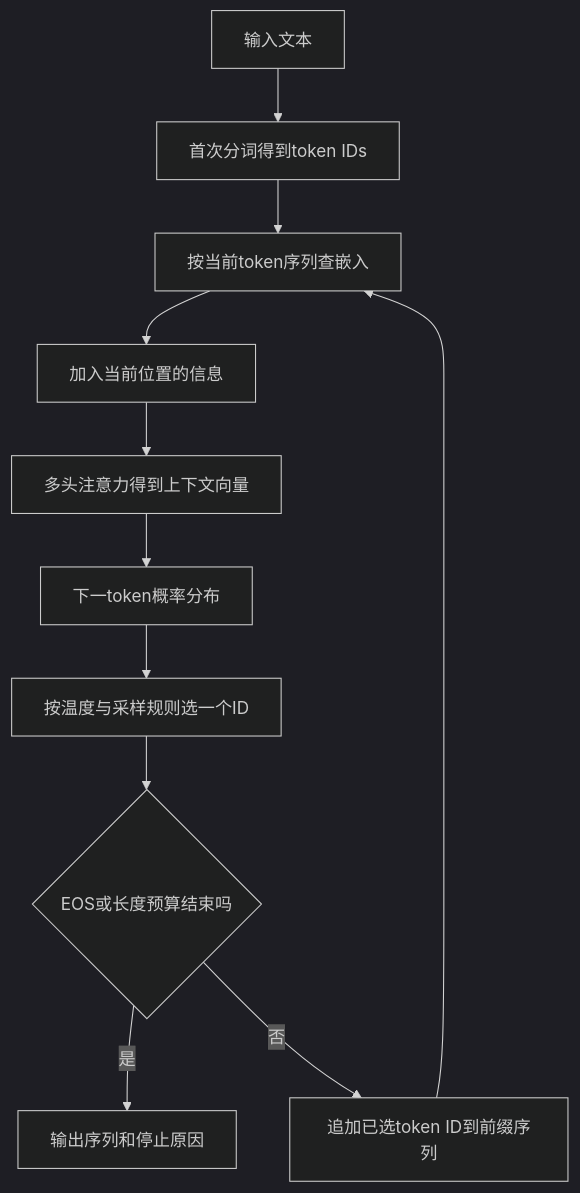
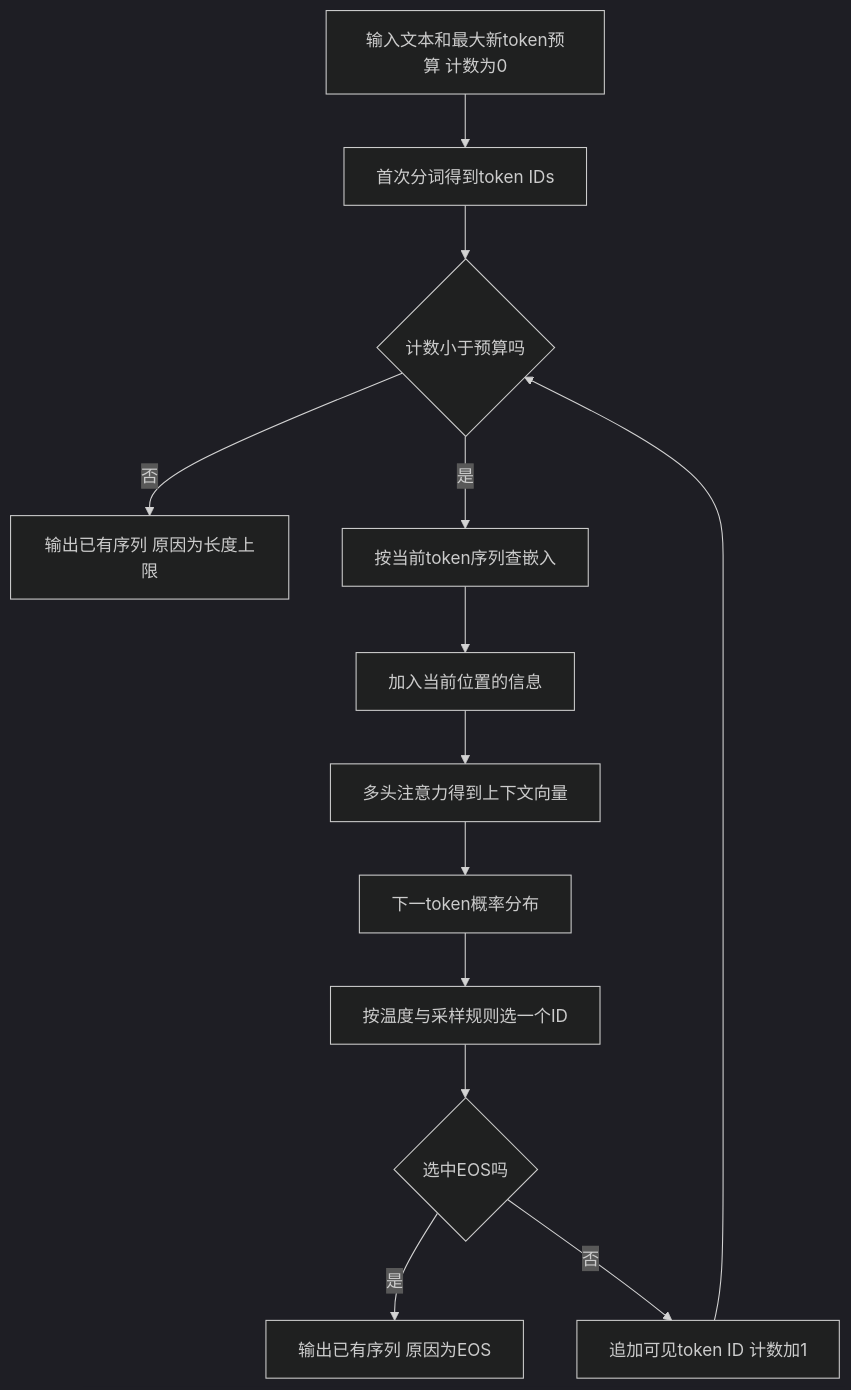
One commit to CercaTrovato/cityu-ai-course-notes changed the eighth of 10 diagrams in IS5542_GenAI_in_Business/notes/M01-导论-生成式AI基础与企业落地.md. Above: the diagram before and after it, drawn with Mermaid (dark theme). The commit also changed other lines of this file and 82 other files, not shown here.

````diff
--- a/IS5542_GenAI_in_Business/notes/M01-导论-生成式AI基础与企业落地.md
+++ b/IS5542_GenAI_in_Business/notes/M01-导论-生成式AI基础与企业落地.md
@@ -2963,13 +3143,15 @@
 ```mermaid
 flowchart TD
- T[输入文本] --> TK[首次分词得到token IDs]
- TK --> EM[按当前token序列查嵌入]
+ T[输入文本和最大新token预算 计数为0] --> TK[首次分词得到token IDs]
+ TK --> BUDGET{计数小于预算吗}
+ BUDGET -->|否| LIMIT[输出已有序列 原因为长度上限]
+ BUDGET -->|是| EM[按当前token序列查嵌入]
  EM --> PE[加入当前位置的信息]
  PE --> AT[多头注意力得到上下文向量]
  AT --> PD[下一token概率分布]
  PD --> DC[按温度与采样规则选一个ID]
- DC --> STOP{EOS或长度预算结束吗}
- STOP -->|是| END[输出序列和停止原因]
- STOP -->|否| APP[追加已选token ID到前缀序列]
- APP --> EM
+ DC --> STOP{选中EOS吗}
+ STOP -->|是| END[输出已有序列 原因为EOS]
+ STOP -->|否| APP[追加可见token ID 计数加1]
+ APP --> BUDGET
 ```
````
